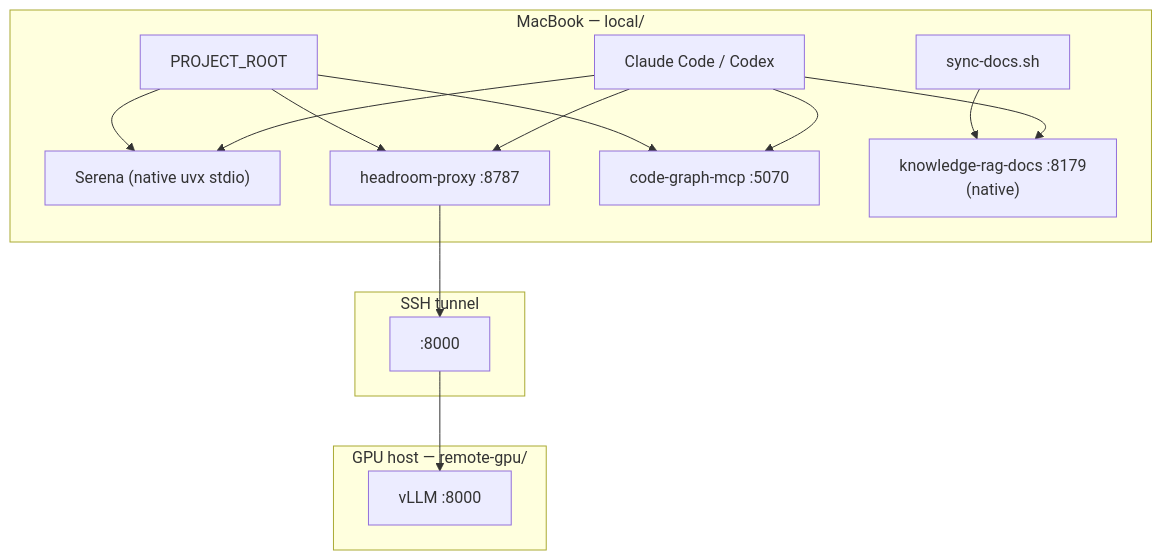
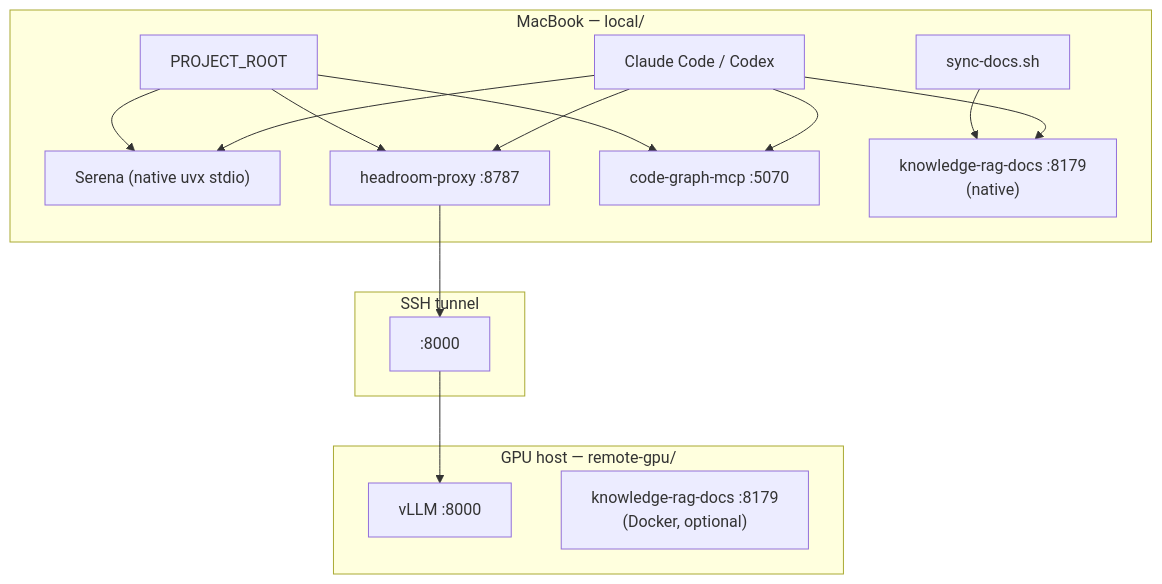
Before and after one commit to anujvns2007/hyper-agent: the diagram in README.md, drawn with Mermaid. The commit also changed other lines of this file and 7 other files, not shown here.

````diff
--- a/README.md
+++ b/README.md
@@ -9,32 +9,33 @@
 ```mermaid
 flowchart TB
   subgraph mac["MacBook — local/"]
     IDE["Claude Code / Codex"]
     SER["Serena (native uvx stdio)"]
     HR["headroom-proxy :8787"]
     REPO["PROJECT_ROOT"]
     CG["code-graph-mcp :5070"]
     KRD["knowledge-rag-docs :8179\n(native)"]
     SYNC["sync-docs.sh"]
 
     REPO --> SER
     REPO --> CG
     REPO --> HR
     SYNC --> KRD
     IDE --> SER
     IDE --> CG
     IDE --> HR
     IDE --> KRD
   end
 
   subgraph tunnel["SSH tunnel"]
     T8000[":8000"]
   end
 
   subgraph gpu["GPU host — remote-gpu/"]
     VLLM["vLLM :8000"]
+    KRDGPU["knowledge-rag-docs :8179\n(Docker, optional)"]
   end
 
   HR --> T8000
   T8000 --> VLLM
 ```
````
